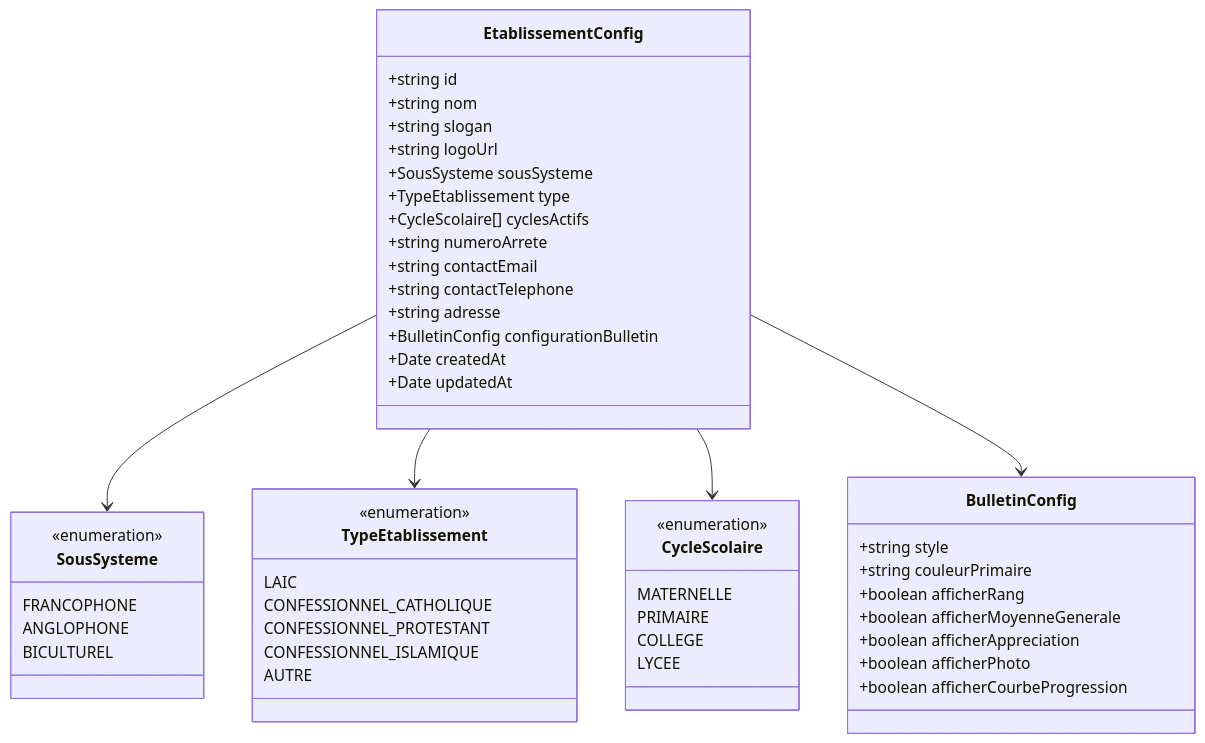
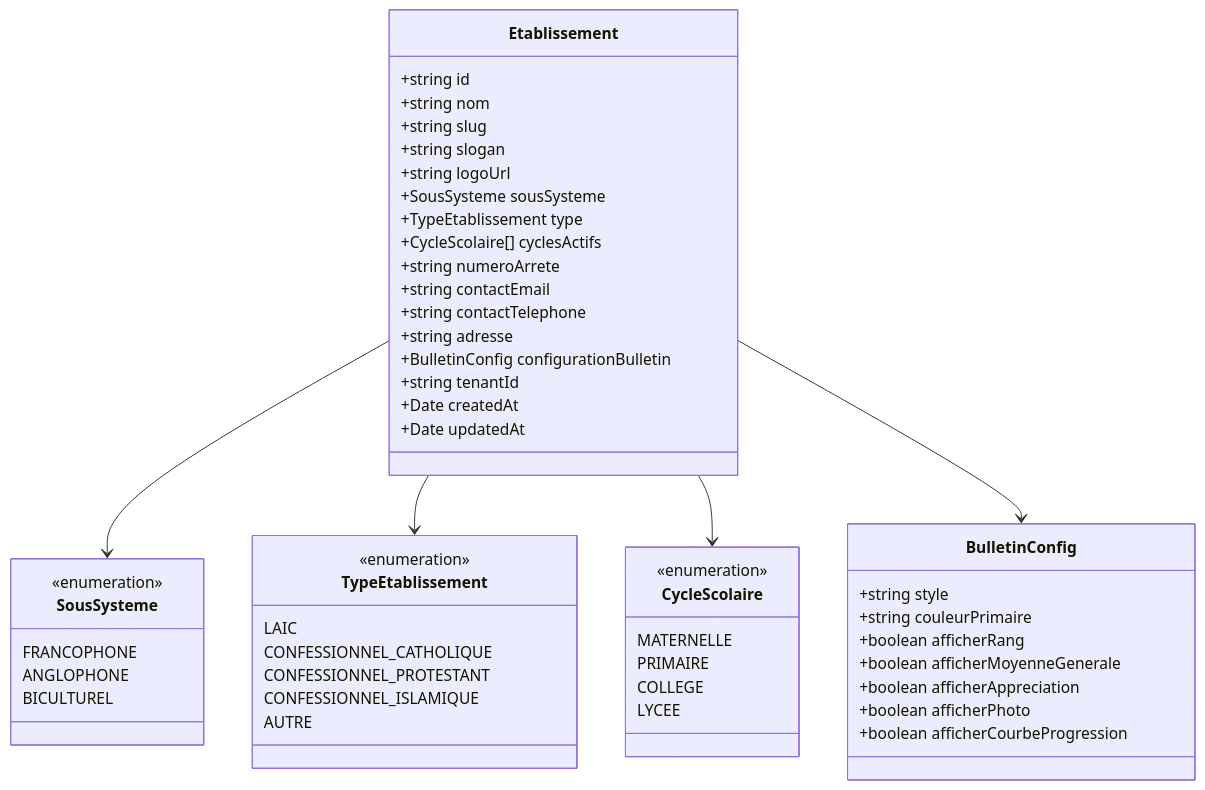
One commit to franckylab/eLISAschool changed the third of 11 diagrams in .qoder/repowiki/en/content/Modules & Features/Administrative Modules/Establishment Management.md. Above: the diagram before and after it, drawn with Mermaid. The commit also changed other lines of this file and 126 other files, not shown here.

````diff
--- a/.qoder/repowiki/en/content/Modules & Features/Administrative Modules/Establishment Management.md
+++ b/.qoder/repowiki/en/content/Modules & Features/Administrative Modules/Establishment Management.md
@@ -76,53 +144,55 @@
 ```mermaid
 classDiagram
-class EtablissementConfig {
+class Etablissement {
 +string id
 +string nom
++string slug
 +string slogan
 +string logoUrl
 +SousSysteme sousSysteme
 +TypeEtablissement type
 +CycleScolaire[] cyclesActifs
 +string numeroArrete
 +string contactEmail
 +string contactTelephone
 +string adresse
 +BulletinConfig configurationBulletin
++string tenantId
 +Date createdAt
 +Date updatedAt
 }
 class SousSysteme {
 <<enumeration>>
 FRANCOPHONE
 ANGLOPHONE
 BICULTUREL
 }
 class TypeEtablissement {
 <<enumeration>>
 LAIC
 CONFESSIONNEL_CATHOLIQUE
 CONFESSIONNEL_PROTESTANT
 CONFESSIONNEL_ISLAMIQUE
 AUTRE
 }
 class CycleScolaire {
 <<enumeration>>
 MATERNELLE
 PRIMAIRE
 COLLEGE
 LYCEE
 }
 class BulletinConfig {
 +string style
 +string couleurPrimaire
 +boolean afficherRang
 +boolean afficherMoyenneGenerale
 +boolean afficherAppreciation
 +boolean afficherPhoto
 +boolean afficherCourbeProgression
 }
-EtablissementConfig --> SousSysteme
-EtablissementConfig --> TypeEtablissement
-EtablissementConfig --> CycleScolaire
-EtablissementConfig --> BulletinConfig
+Etablissement --> SousSysteme
+Etablissement --> TypeEtablissement
+Etablissement --> CycleScolaire
+Etablissement --> BulletinConfig
 ```
````
